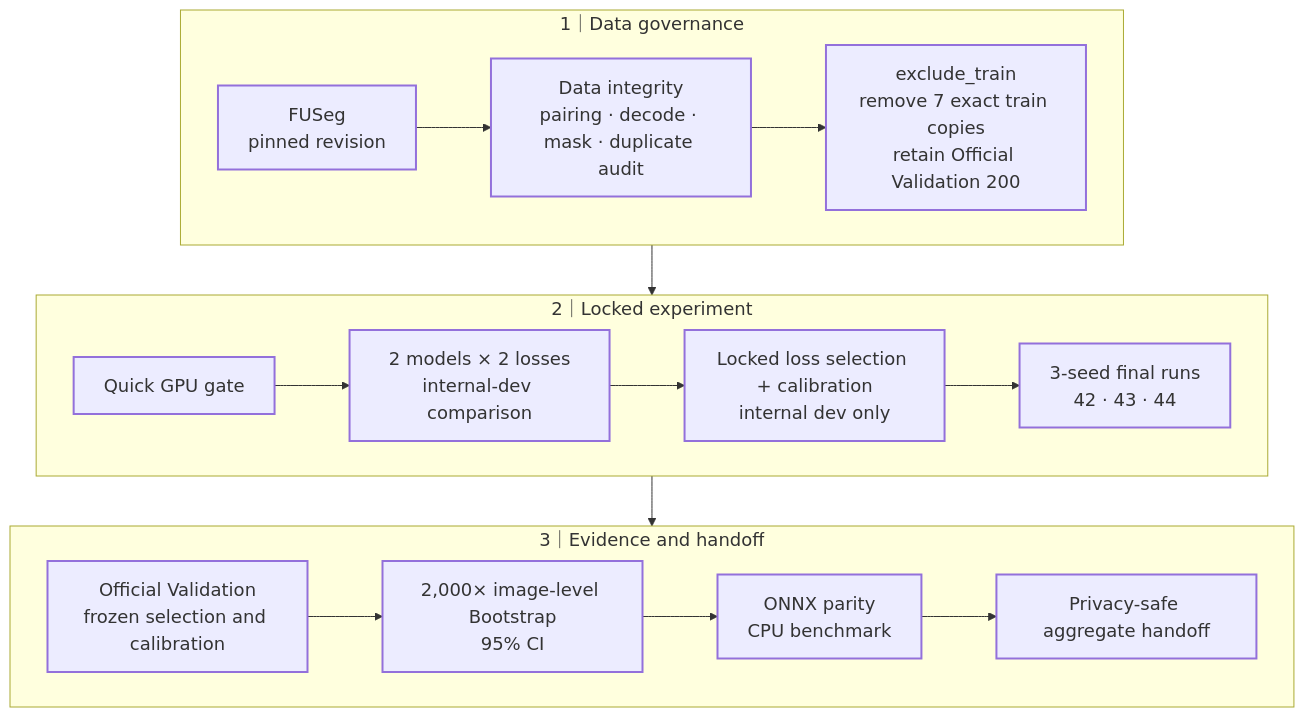
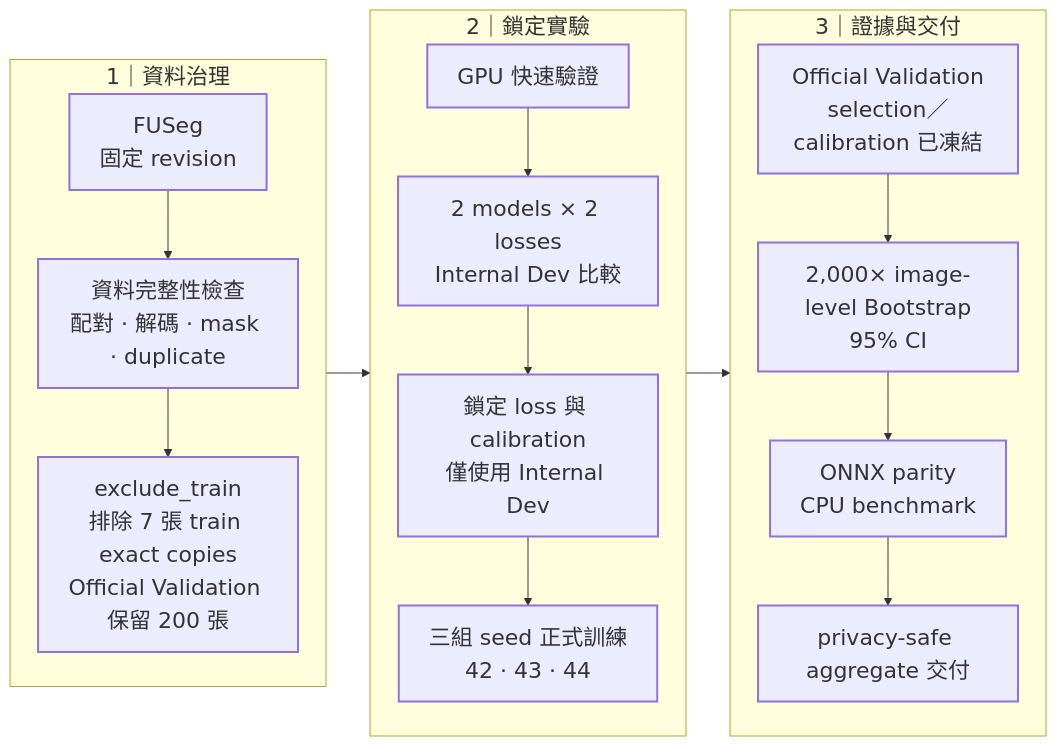
One commit to kuotunyu/WoundScope changed the second of 3 diagrams in README.md. Above: the diagram before and after it, drawn with Mermaid. The commit also changed other lines of this file and 1 other file, not shown here.

Commit message:
docs: improve Mermaid diagram readability

````diff
--- a/README.md
+++ b/README.md
@@ -72,39 +69,39 @@
 ```mermaid
-%%{init: {"themeVariables": {"fontSize": "18px", "fontFamily": "Arial, sans-serif"}}}%%
-flowchart TB
-    subgraph Governance["1｜Data governance"]
-        direction LR
-        Source["FUSeg<br/>pinned revision"]:::source
-        Integrity["Data integrity<br/>pairing · decode · mask · duplicate audit"]:::gate
-        Exclude["exclude_train<br/>remove 7 exact train copies<br/>retain Official Validation 200"]:::decision
+%%{init: {"themeVariables": {"fontSize": "22px", "fontFamily": "Arial, sans-serif"}, "flowchart": {"nodeSpacing": 36, "rankSpacing": 44, "curve": "basis"}}}%%
+flowchart LR
+    subgraph Governance["1｜資料治理"]
+        direction TB
+        Source["FUSeg<br/>固定 revision"]:::source
+        Integrity["資料完整性檢查<br/>配對 · 解碼 · mask · duplicate"]:::gate
+        Exclude["exclude_train<br/>排除 7 張 train exact copies<br/>Official Validation 保留 200 張"]:::decision
         Source --> Integrity --> Exclude
     end
 
-    subgraph Experiment["2｜Locked experiment"]
-        direction LR
-        Quick["Quick GPU gate"]:::gate
-        Compare["2 models × 2 losses<br/>internal-dev comparison"]:::process
-        Lock["Locked loss selection + calibration<br/>internal dev only"]:::decision
-        Seeds["3-seed final runs<br/>42 · 43 · 44"]:::process
+    subgraph Experiment["2｜鎖定實驗"]
+        direction TB
+        Quick["GPU 快速驗證"]:::gate
+        Compare["2 models × 2 losses<br/>Internal Dev 比較"]:::process
+        Lock["鎖定 loss 與 calibration<br/>僅使用 Internal Dev"]:::decision
+        Seeds["三組 seed 正式訓練<br/>42 · 43 · 44"]:::process
         Quick --> Compare --> Lock --> Seeds
     end
 
-    subgraph EvidenceStage["3｜Evidence and handoff"]
-        direction LR
-        Validation["Official Validation<br/>frozen selection and calibration"]:::evidence
+    subgraph EvidenceStage["3｜證據與交付"]
+        direction TB
+        Validation["Official Validation<br/>selection／calibration 已凍結"]:::evidence
         Bootstrap["2,000× image-level Bootstrap<br/>95% CI"]:::evidence
         Parity["ONNX parity<br/>CPU benchmark"]:::gate
-        Handoff["Privacy-safe aggregate handoff"]:::output
+        Handoff["privacy-safe aggregate 交付"]:::output
         Validation --> Bootstrap --> Parity --> Handoff
     end
 
     Exclude --> Quick
     Seeds --> Validation
 
     classDef source stroke-width:2px;
     classDef process stroke-width:2px;
     classDef gate stroke-width:2px;
     classDef decision stroke-width:2px;
     classDef evidence stroke-width:2px;
     classDef output stroke-width:2px;
 ```
````
